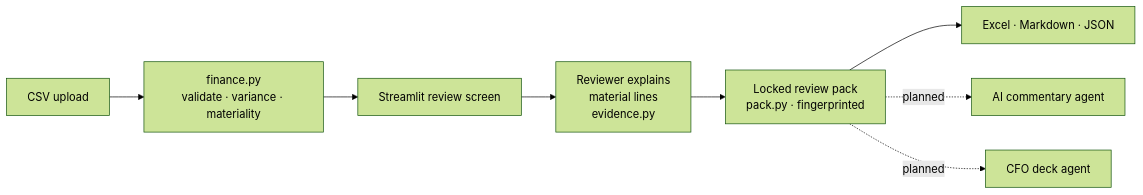
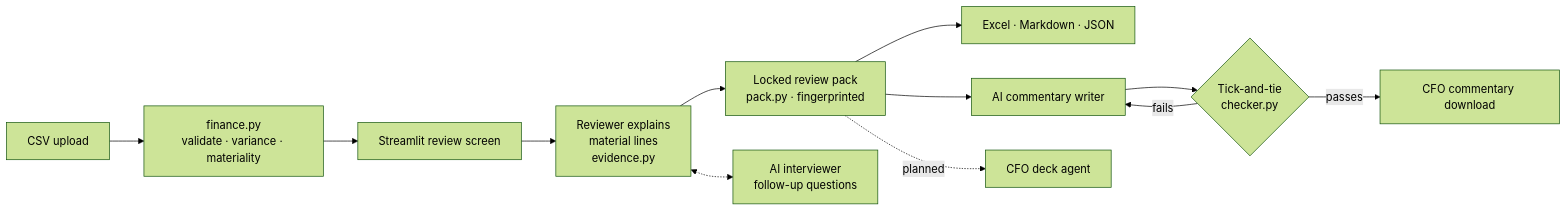
The diagram in README.md (Sai-Fin-AI/ticktie-fpa), drawn with Mermaid (forest theme) before and after one commit. The commit also changed other lines of this file and 13 other files, not shown here.

Commit message:
Phase 3: AI interviewer and CFO commentary writer with tick-and-tie checker; Ollama, free-tier providers and demo mode

````diff
--- a/README.md
+++ b/README.md
@@ -32,10 +45,14 @@
 ```mermaid
 flowchart LR
     A[CSV upload] --> B[finance.py<br/>validate · variance · materiality]
     B --> C[Streamlit review screen]
     C --> D[Reviewer explains<br/>material lines<br/>evidence.py]
     D --> E[Locked review pack<br/>pack.py · fingerprinted]
+    D <-.-> I[AI interviewer<br/>follow-up questions]
     E --> X[Excel · Markdown · JSON]
-    E -. planned .-> F[AI commentary agent]
+    E --> F[AI commentary writer]
+    F --> K{Tick-and-tie<br/>checker.py}
+    K -- passes --> O[CFO commentary download]
+    K -- fails --> F
     E -. planned .-> G[CFO deck agent]
 ```
````
